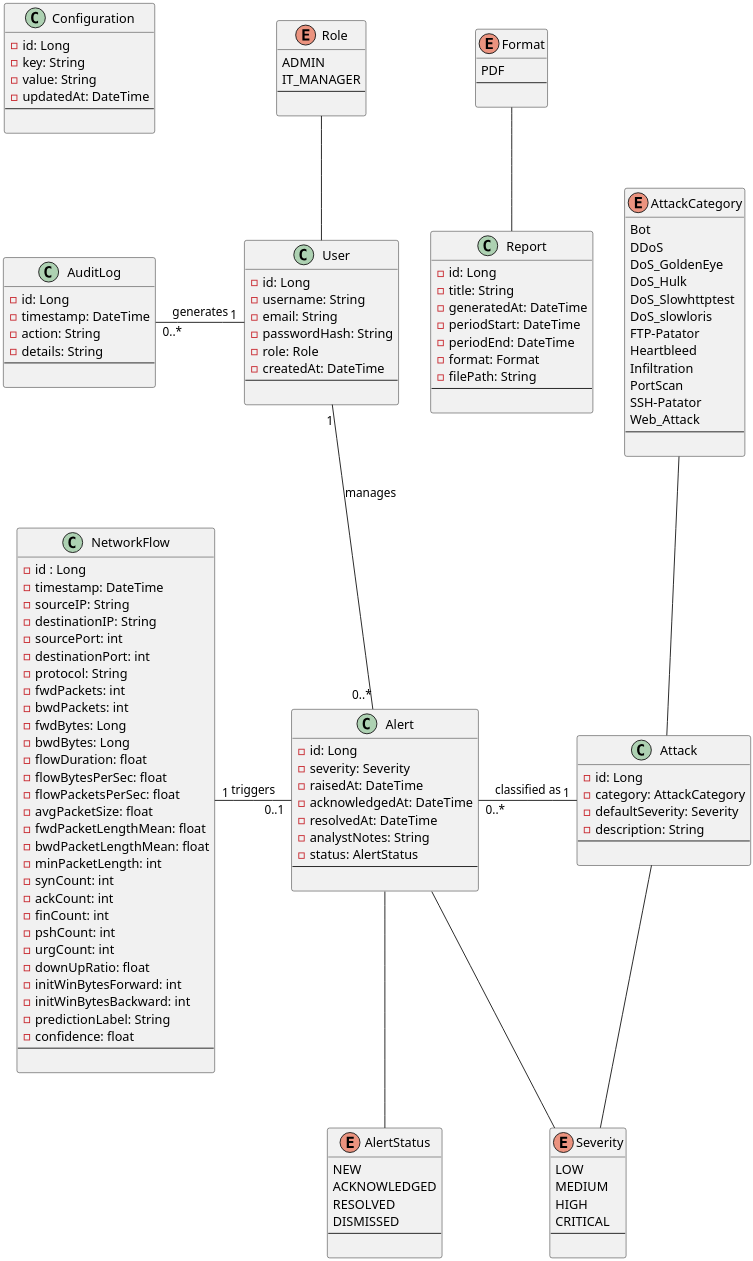
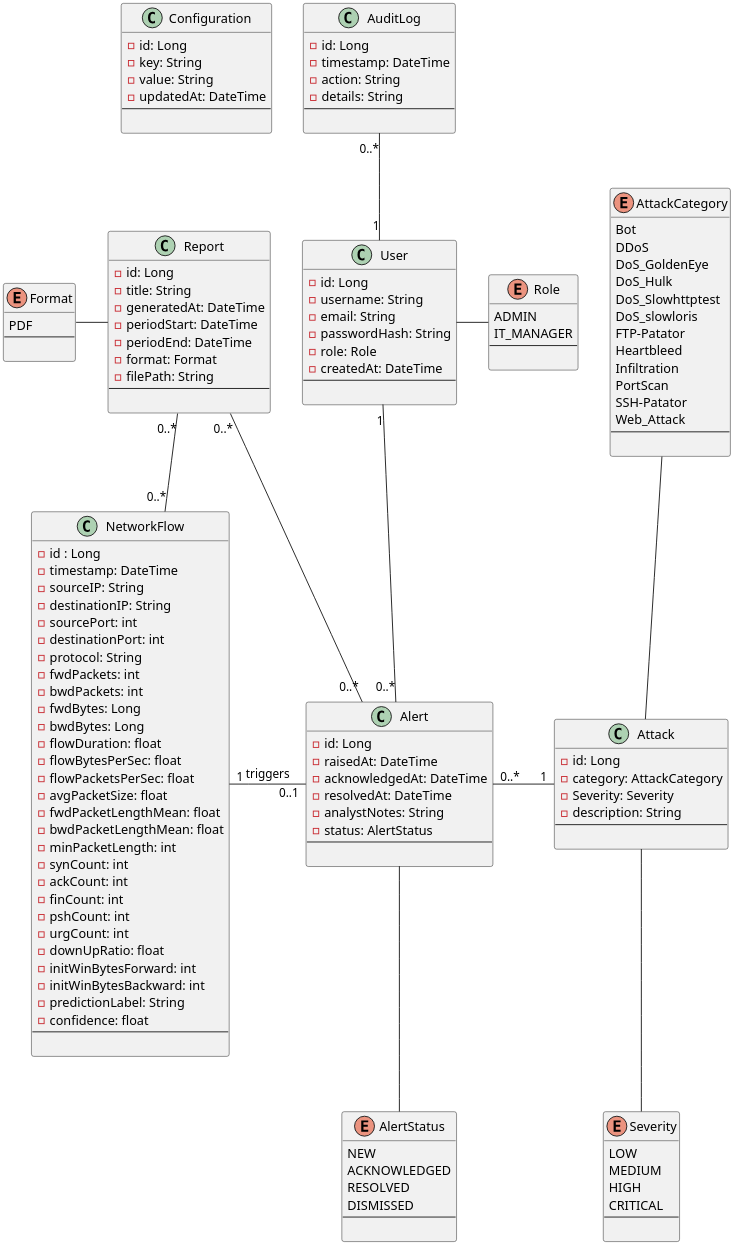
The diagram in diagrams/code/class-diagram1.puml (Amira-BOUAFIF/pfe-nids-report), drawn with PlantUML before and after one commit. The commit also changed 8 other files, not shown here.

Commit message:
update class diagram

```diff
--- a/diagrams/code/class-diagram1.puml
+++ b/diagrams/code/class-diagram1.puml
@@ -1,178 +1,180 @@
 @startuml class1
 skinparam dpi 300
 
 Enum Role {
     ADMIN
     IT_MANAGER
     --
 
 }
 
 Enum Severity {
     LOW
     MEDIUM
     HIGH
     CRITICAL
     --
 
 }
 
 Enum AlertStatus {
     NEW
     ACKNOWLEDGED
     RESOLVED
     DISMISSED
     --
 
 }
 
 Enum Format {
     PDF
     --
 
 }
 
 Enum AttackCategory {
     Bot
     DDoS
     DoS_GoldenEye
     DoS_Hulk
     DoS_Slowhttptest
     DoS_slowloris
     FTP-Patator
     Heartbleed
     Infiltration
     PortScan
     SSH-Patator
     Web_Attack
     --
 
 }
 
 
 ' Core Classes 
 
 class User {
     - id: Long
     - username: String
     - email: String
     - passwordHash: String
     - role: Role
     - createdAt: DateTime
     --
 
 }
 
 class Alert {
     - id: Long
-    - severity: Severity
     - raisedAt: DateTime
     - acknowledgedAt: DateTime
     - resolvedAt: DateTime
     - analystNotes: String
     - status: AlertStatus
     --
 
 }
 
 class Attack {
     - id: Long
     - category: AttackCategory
-    - defaultSeverity: Severity
+    - Severity: Severity
     - description: String
     --
 
 }
 
 class NetworkFlow {
     - id : Long
     - timestamp: DateTime
     - sourceIP: String
     - destinationIP: String
     - sourcePort: int
     - destinationPort: int
     - protocol: String
     - fwdPackets: int
     - bwdPackets: int
     - fwdBytes: Long
     - bwdBytes: Long
     - flowDuration: float
     - flowBytesPerSec: float
     - flowPacketsPerSec: float
     - avgPacketSize: float
     - fwdPacketLengthMean: float
     - bwdPacketLengthMean: float
     - minPacketLength: int
     - synCount: int
     - ackCount: int
     - finCount: int
     - pshCount: int
     - urgCount: int
     - downUpRatio: float
     - initWinBytesForward: int
     - initWinBytesBackward: int
     - predictionLabel: String
     - confidence: float  
     --
 
 }
 
 class AuditLog {
     - id: Long
     - timestamp: DateTime
     - action: String
     - details: String
     --
 
 }
 
 class Report {
     - id: Long
     - title: String
     - generatedAt: DateTime
     - periodStart: DateTime
     - periodEnd: DateTime 
     - format: Format
     - filePath: String
     --
 
 }
 
 class Configuration {
     - id: Long
     - key: String
     - value: String
     - updatedAt: DateTime
     --
 
 }
 
 ' ─── Class Relationships ──────────────────────────────
 
 ' A flow triggers at most one alert
 NetworkFlow "1"   -right-  "0..1"  Alert      : triggers 
 
 ' An alert is classified as one attack type
-Alert          "0..*"   -right-  "1"     Attack : classified as 
+Alert          "0..*"   -right-  "1"     Attack 
+
 
 ' Admin manages alert status
-User           "1"   --  "0..*"  Alert      : manages 
+User           "1"   --  "0..*"  Alert      
 
 ' User actions recorded in audit log
-User           "1"   -left-  "0..*"  AuditLog   : generates
+User           "1"   -up-  "0..*"  AuditLog 
 
 ' Report aggregates alerts over a period
    
+Report  "0..*"   --  "0..*"  Alert  
 
+Report  "0..*"   --  "0..*"  NetworkFlow  
 
 Report -[hidden]right- User
 Attack -up- AttackCategory
-Report -up- Format
+Report -left- Format
 Alert -down- AlertStatus
-Alert -- Severity
-User -up- Role
+User -right- Role
 Attack -- Severity
 
-AuditLog -[hidden]up- Configuration
+AuditLog -[hidden]left- Configuration
+
 
 @enduml
```
